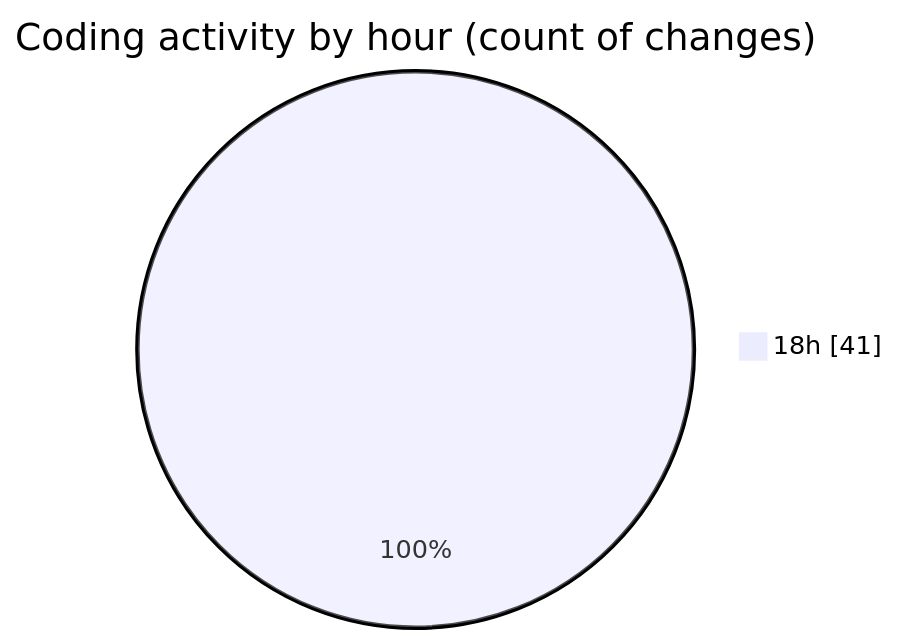
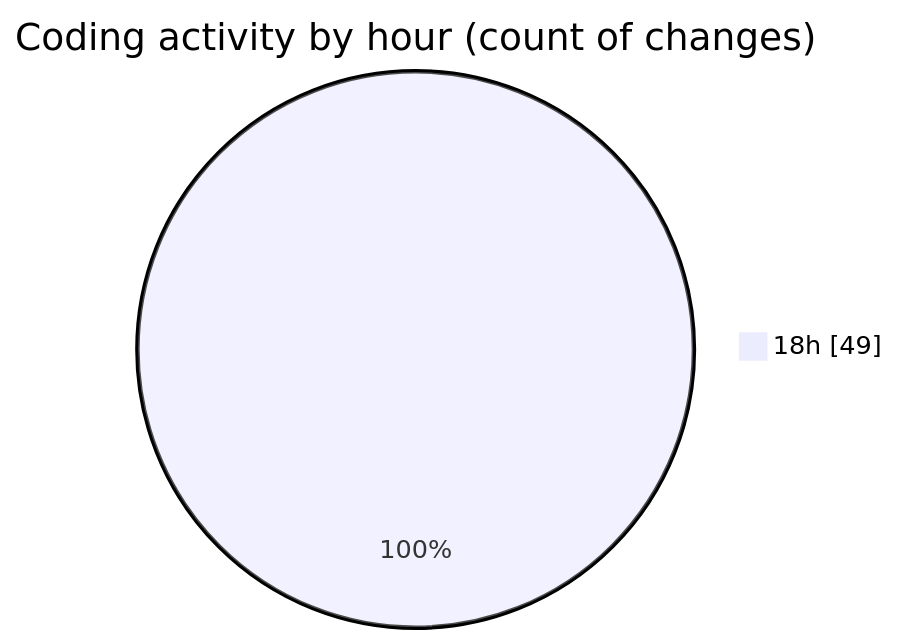
Before and after one commit to robertbonfada/code-tracking: the second of 2 diagrams in 2025-01-17/mbc-web/README.md, drawn with Mermaid. The commit also changed other lines of this file and 1 other file, not shown here.

````diff
--- a/2025-01-17/mbc-web/README.md
+++ b/2025-01-17/mbc-web/README.md
@@ -44,5 +46,5 @@
 ```mermaid
 pie showData
 title Coding activity by hour (count of changes)
-"18h" : 41
+"18h" : 49
 ```
````
